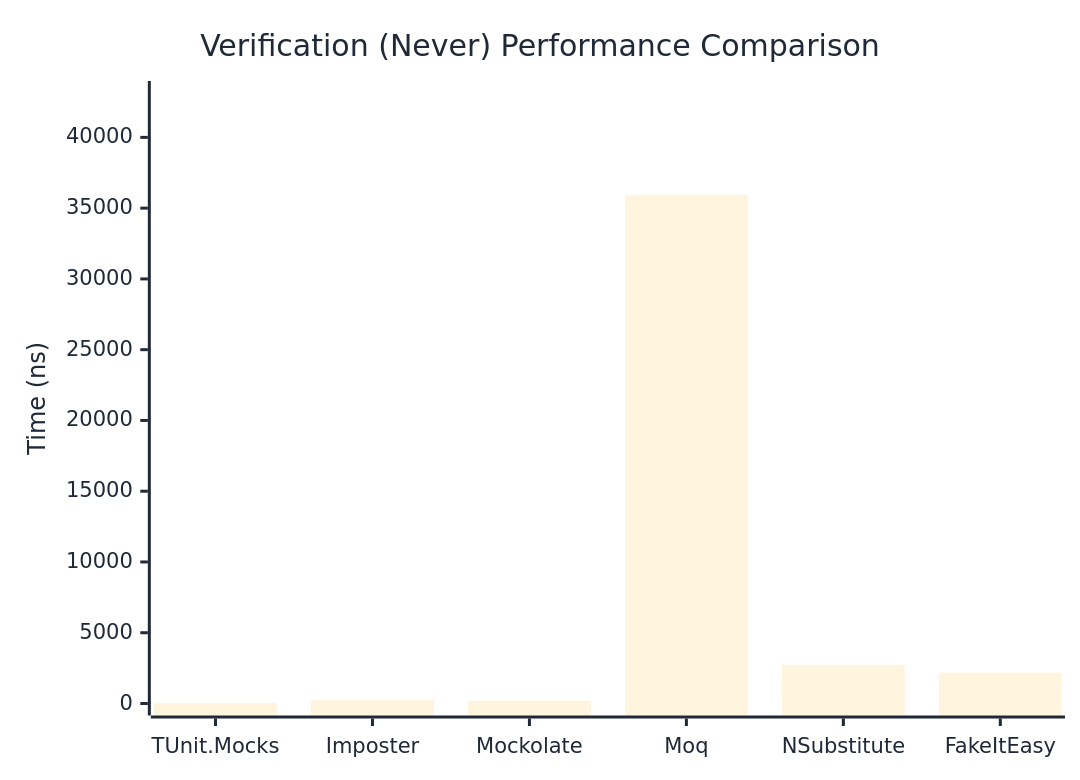
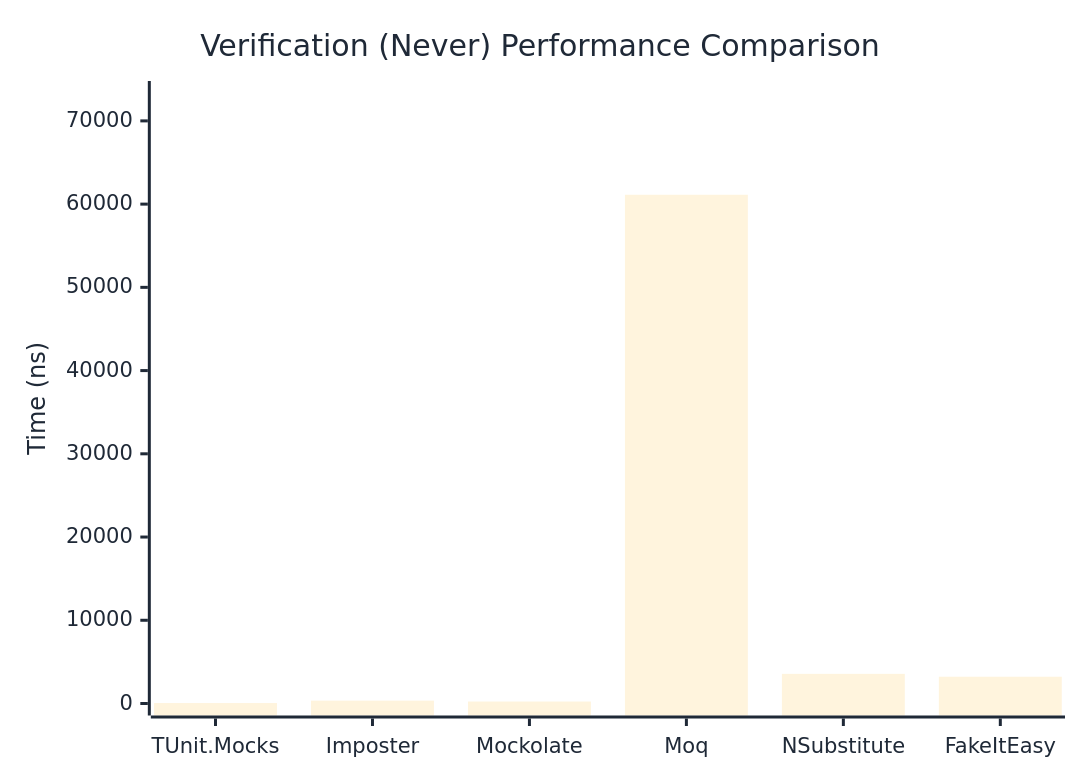
Before and after one commit to thomhurst/TUnit: the second of 3 diagrams in docs/docs/benchmarks/mocks/Verification.md, drawn with Mermaid. The commit also changed other lines of this file and 14 other files, not shown here.

````diff
--- a/docs/docs/benchmarks/mocks/Verification.md
+++ b/docs/docs/benchmarks/mocks/Verification.md
@@ -71,27 +71,27 @@
 ```mermaid
 %%{init: {
   'theme':'base',
   'themeVariables': {
     'primaryColor': '#2563eb',
     'primaryTextColor': '#1f2937',
     'primaryBorderColor': '#1e40af',
     'lineColor': '#6b7280',
     'secondaryColor': '#7c3aed',
     'tertiaryColor': '#dc2626',
     'background': '#ffffff',
     'pie1': '#2563eb',
     'pie2': '#7c3aed',
     'pie3': '#dc2626',
     'pie4': '#f59e0b',
     'pie5': '#10b981',
     'pie6': '#06b6d4',
     'pie7': '#ec4899',
     'pie8': '#6366f1'
   }
 }}%%
 xychart-beta
   title "Verification (Never) Performance Comparison"
   x-axis ["TUnit.Mocks", "Imposter", "Mockolate", "Moq", "NSubstitute", "FakeItEasy"]
-  y-axis "Time (ns)" 0 --> 43136
-  bar [43.61, 260.35, 197.09, 35946.07, 2735.18, 2179.94]
+  y-axis "Time (ns)" 0 --> 73351
+  bar [54.28, 343.9, 237.08, 61125.35, 3563.81, 3217.19]
 ```
````
